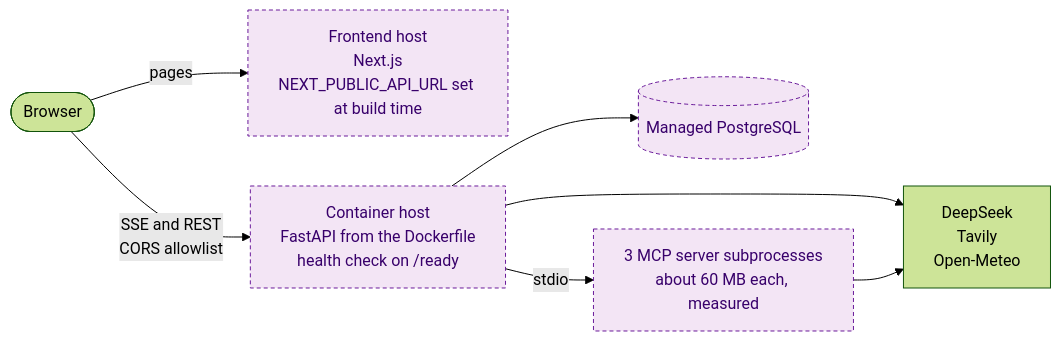
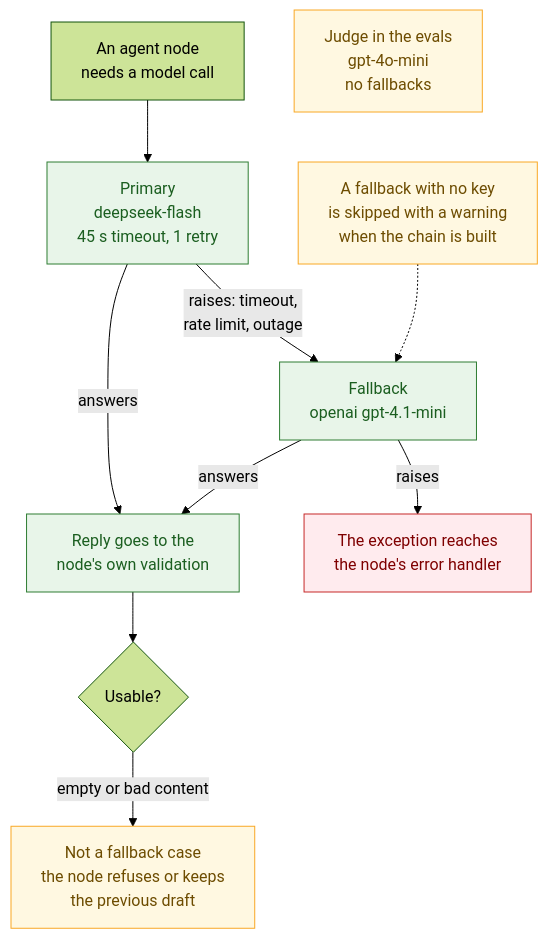
Diagram 14 of 26 in README.md (Amith-Ganta/Yatra-AI---A-Multi-Agent-Travel-Planner-with-LangGraph), drawn with Mermaid (forest theme) before and after one commit. The commit also changed other lines of this file and 2 other files, not shown here.

First line of the commit message:
Rewrite README with live URL, 26 validated Mermaid diagrams and an evidence ladder

````diff
--- a/README.md
+++ b/README.md
@@ -201,12 +597,19 @@
 ```mermaid
-flowchart LR
-    BR([Browser]) -->|"pages"| WEB["Frontend host<br/>Next.js<br/>NEXT_PUBLIC_API_URL set at build time"]
-    BR -->|"SSE and REST<br/>CORS allowlist"| API["Container host<br/>FastAPI from the Dockerfile<br/>health check on /ready"]
-    API --> PG[("Managed PostgreSQL")]
-    API -->|"stdio"| MCP["3 MCP server subprocesses<br/>about 60 MB each, measured"]
-    API --> EXT["DeepSeek<br/>Tavily<br/>Open-Meteo"]
-    MCP --> EXT
+flowchart TB
+    N["An agent node<br/>needs a model call"] --> P1["Primary<br/>deepseek-flash<br/>45 s timeout, 1 retry"]
+    P1 -->|"answers"| OUT["Reply goes to the<br/>node's own validation"]
+    P1 -->|"raises: timeout,<br/>rate limit, outage"| P2["Fallback<br/>openai gpt-4.1-mini"]
+    P2 -->|"answers"| OUT
+    P2 -->|"raises"| ERR["The exception reaches<br/>the node's error handler"]
+    OUT --> V{"Usable?"}
+    V -->|"empty or bad content"| H["Not a fallback case<br/>the node refuses or keeps<br/>the previous draft"]
+    NK["A fallback with no key<br/>is skipped with a warning<br/>when the chain is built"] -.-> P2
+    J["Judge in the evals<br/>gpt-4o-mini<br/>no fallbacks"]
 
-    classDef todo fill:#f3e5f5,stroke:#6a1b9a,color:#38006b,stroke-dasharray: 4 3;
-    class WEB,API,PG,MCP todo;
+    classDef ok fill:#e8f5e9,stroke:#2e7d32,color:#1b5e20;
+    classDef warn fill:#fff8e1,stroke:#f9a825,color:#6d4c00;
+    classDef bad fill:#ffebee,stroke:#c62828,color:#7f0000;
+    class P1,P2,OUT ok;
+    class H,NK,J warn;
+    class ERR bad;
 ```
````
